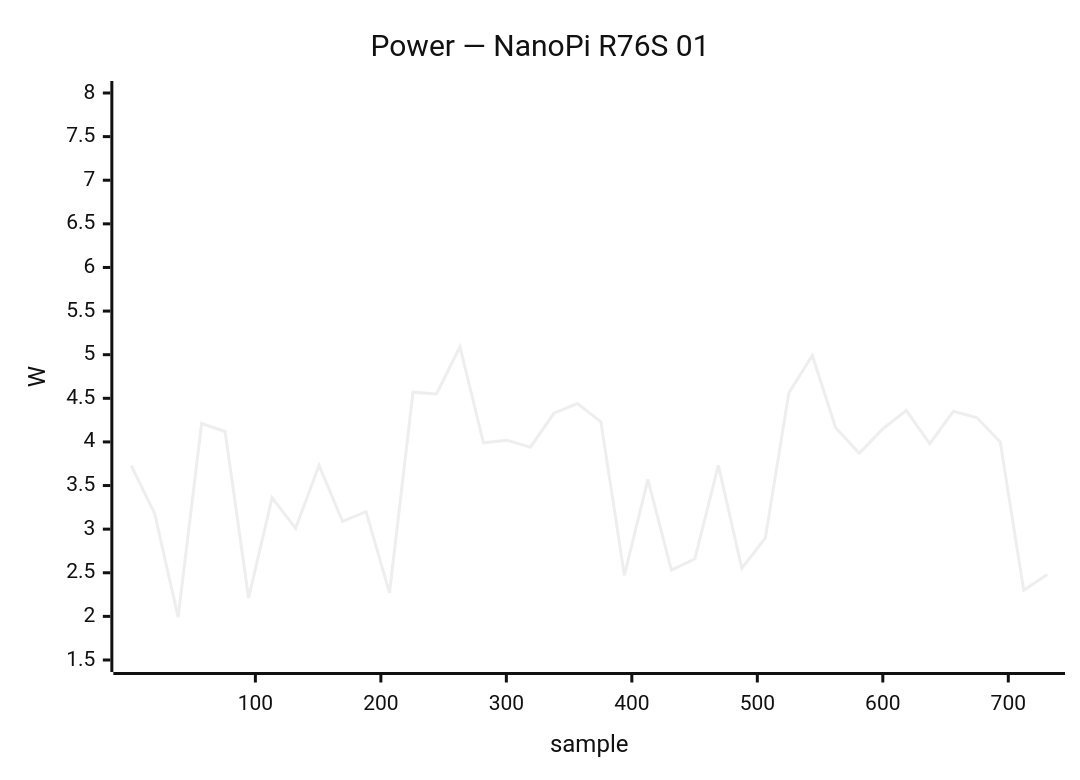
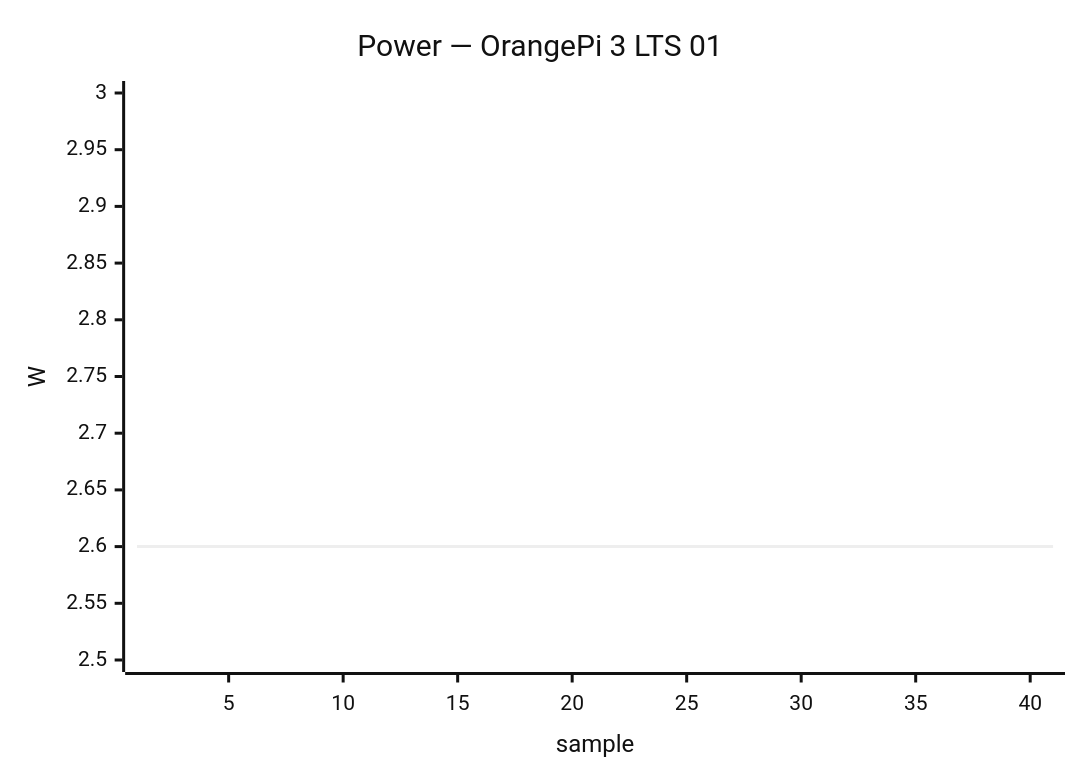
One commit to armbian/documentation changed the sixth of 34 diagrams in docs/status/board-tests.md. Above: the diagram before and after it, drawn with Mermaid (neutral theme). The commit also changed other lines of this file, not shown here.

````diff
--- a/docs/status/board-tests.md
+++ b/docs/status/board-tests.md
@@ -301,7 +400,7 @@
 ```mermaid
 xychart-beta
-    title "Power — NanoPi R76S 01"
-    x-axis "sample" 1 --> 731
-    y-axis "W" 1.5 --> 8.0
-    line [3.73, 3.18, 1.99, 4.21, 4.12, 2.21, 3.36, 3.01, 3.73, 3.09, 3.20, 2.27, 4.57, 4.55, 5.09, 3.99, 4.02, 3.94, 4.33, 4.44, 4.23, 2.47, 3.57, 2.53, 2.66, 3.73, 2.55, 2.90, 4.56, 4.99, 4.16, 3.87, 4.15, 4.36, 3.98, 4.35, 4.28, 4.00, 2.30, 2.48]
+    title "Power — OrangePi 3 LTS 01"
+    x-axis "sample" 1 --> 41
+    y-axis "W" 2.5 --> 3.0
+    line [2.60, 2.60, 2.60, 2.60, 2.60, 2.60, 2.60, 2.60, 2.60, 2.60, 2.60, 2.60, 2.60, 2.60, 2.60, 2.60, 2.60, 2.60, 2.60, 2.60, 2.60, 2.60, 2.60, 2.60, 2.60, 2.60, 2.60, 2.60, 2.60, 2.60, 2.60, 2.60, 2.60, 2.60, 2.60, 2.60, 2.60, 2.60, 2.60, 2.60]
 ```
````
